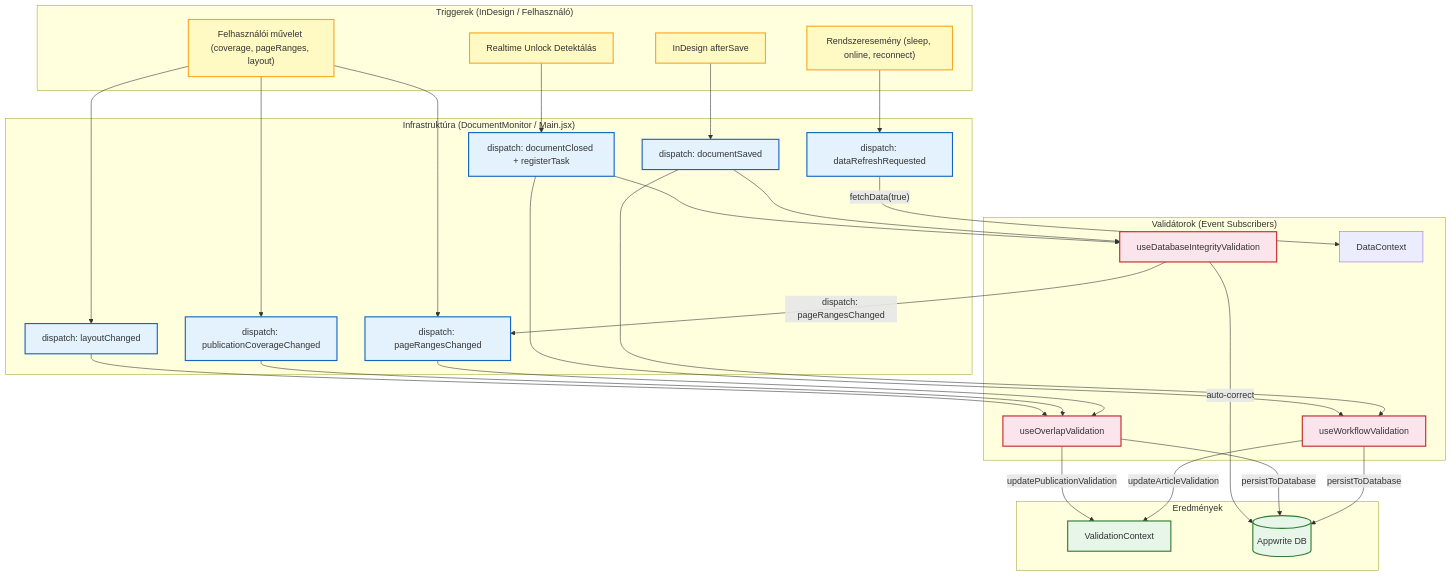
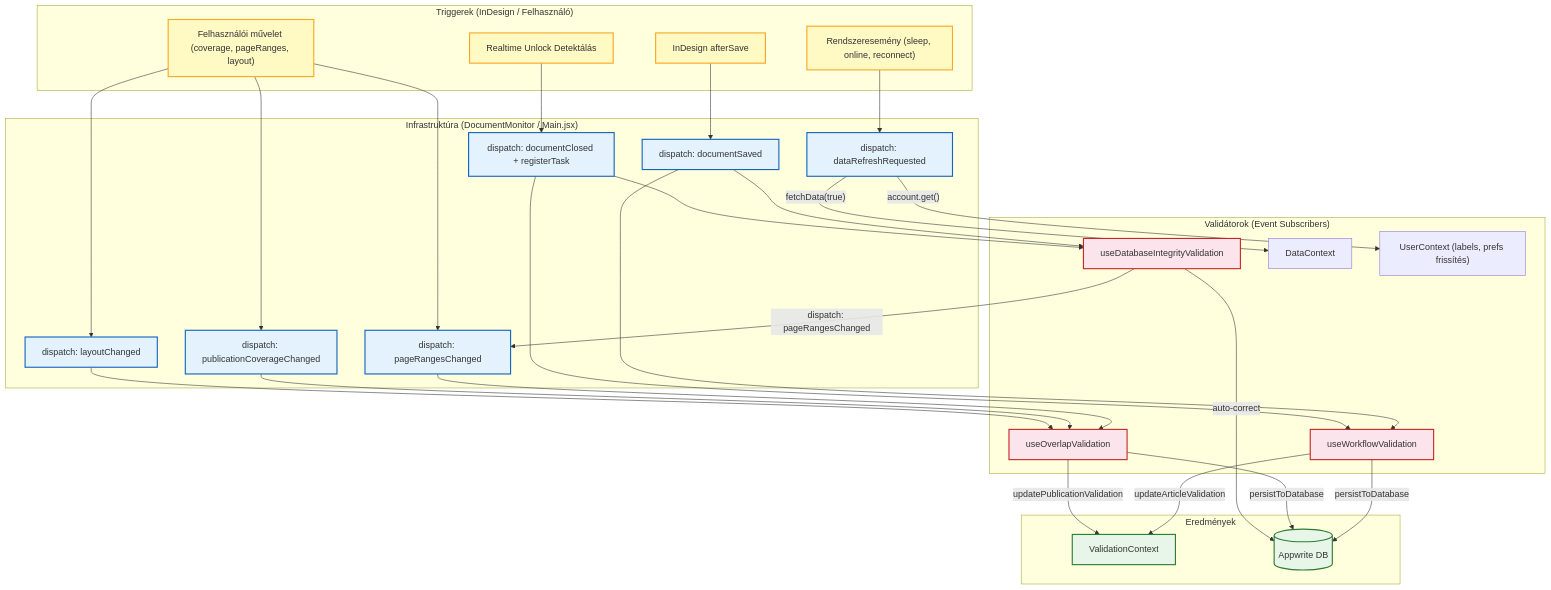
The second of 2 diagrams in packages/maestro-indesign/docs/diagrams/data-flow-architecture.md (SashalmiImre/Maestro_Plugin), drawn with Mermaid before and after one commit. The commit also changed other lines of this file and 7 other files, not shown here.

````diff
--- a/packages/maestro-indesign/docs/diagrams/data-flow-architecture.md
+++ b/packages/maestro-indesign/docs/diagrams/data-flow-architecture.md
@@ -88,62 +88,63 @@
 ```mermaid
 graph TD
     subgraph "Triggerek (InDesign / Felhasználó)"
         AfterSave["InDesign afterSave"]
         UnlockDetect["Realtime Unlock Detektálás"]
         UserAction["Felhasználói művelet (coverage, pageRanges, layout)"]
         SystemEvent["Rendszeresemény (sleep, online, reconnect)"]
     end
 
     subgraph "Infrastruktúra (DocumentMonitor / Main.jsx)"
         DocSaved["dispatch: documentSaved"]
         DocClosed["dispatch: documentClosed + registerTask"]
         CoverageChanged["dispatch: publicationCoverageChanged"]
         PageRangesChanged["dispatch: pageRangesChanged"]
         LayoutChanged["dispatch: layoutChanged"]
         DataRefresh["dispatch: dataRefreshRequested"]
 
         AfterSave --> DocSaved
         UnlockDetect --> DocClosed
         UserAction --> CoverageChanged
         UserAction --> PageRangesChanged
         UserAction --> LayoutChanged
         SystemEvent --> DataRefresh
     end
 
     subgraph "Validátorok (Event Subscribers)"
         Preflight["useWorkflowValidation"]
         DBIntegrity["useDatabaseIntegrityValidation"]
         Overlap["useOverlapValidation"]
 
         DocSaved --> Preflight
         DocSaved --> DBIntegrity
         DocClosed --> Preflight
         DocClosed --> DBIntegrity
         PageRangesChanged --> Overlap
         CoverageChanged --> Overlap
         LayoutChanged --> Overlap
         DataRefresh -->|"fetchData(true)"| DataCtx["DataContext"]
+        DataRefresh -->|"account.get()"| UserCtx["UserContext (labels, prefs frissítés)"]
     end
 
     subgraph "Eredmények"
         ValCtx["ValidationContext"]
         AppwriteDB2[(Appwrite DB)]
 
         Preflight -->|"updateArticleValidation"| ValCtx
         Preflight -->|"persistToDatabase"| AppwriteDB2
         Overlap -->|"updatePublicationValidation"| ValCtx
         Overlap -->|"persistToDatabase"| AppwriteDB2
         DBIntegrity -->|"auto-correct"| AppwriteDB2
         DBIntegrity -->|"dispatch: pageRangesChanged"| PageRangesChanged
     end
 
     classDef trigger fill:#fff9c4,stroke:#f9a825,stroke-width:2px;
     classDef infra fill:#e3f2fd,stroke:#1565c0,stroke-width:2px;
     classDef validator fill:#fce4ec,stroke:#c62828,stroke-width:2px;
     classDef result fill:#e8f5e9,stroke:#2e7d32,stroke-width:2px;
 
     class AfterSave,UnlockDetect,UserAction,SystemEvent trigger;
     class DocSaved,DocClosed,CoverageChanged,PageRangesChanged,LayoutChanged,DataRefresh infra;
     class Preflight,DBIntegrity,Overlap validator;
     class ValCtx,AppwriteDB2 result;
 ```
````
